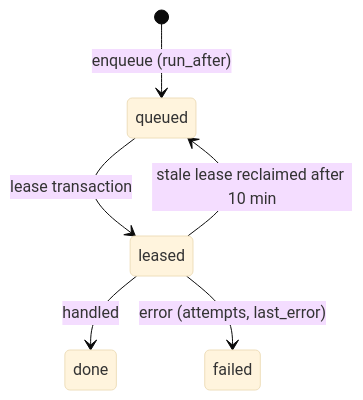
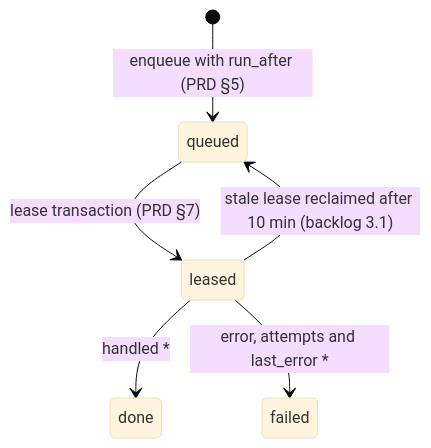
One commit to ClearCloudSoftware/flowboard changed the fourth of 4 diagrams in docs/FlowBoard/Execution/Execution State Machines.md. Above: the diagram before and after it, drawn with Mermaid (base theme). The commit also changed other lines of this file and 30 other files, not shown here.

````diff
--- a/docs/FlowBoard/Execution/Execution State Machines.md
+++ b/docs/FlowBoard/Execution/Execution State Machines.md
@@ -95,8 +109,8 @@
 ```mermaid
 stateDiagram-v2
-  [*] --> queued: enqueue (run_after)
-  queued --> leased: lease transaction
-  leased --> done: handled
-  leased --> failed: error (attempts, last_error)
-  leased --> queued: stale lease reclaimed after 10 min
+  [*] --> queued: enqueue with run_after (PRD §5)
+  queued --> leased: lease transaction (PRD §7)
+  leased --> done: handled *
+  leased --> failed: error, attempts and last_error *
+  leased --> queued: stale lease reclaimed after 10 min (backlog 3.1)
 ```
````
